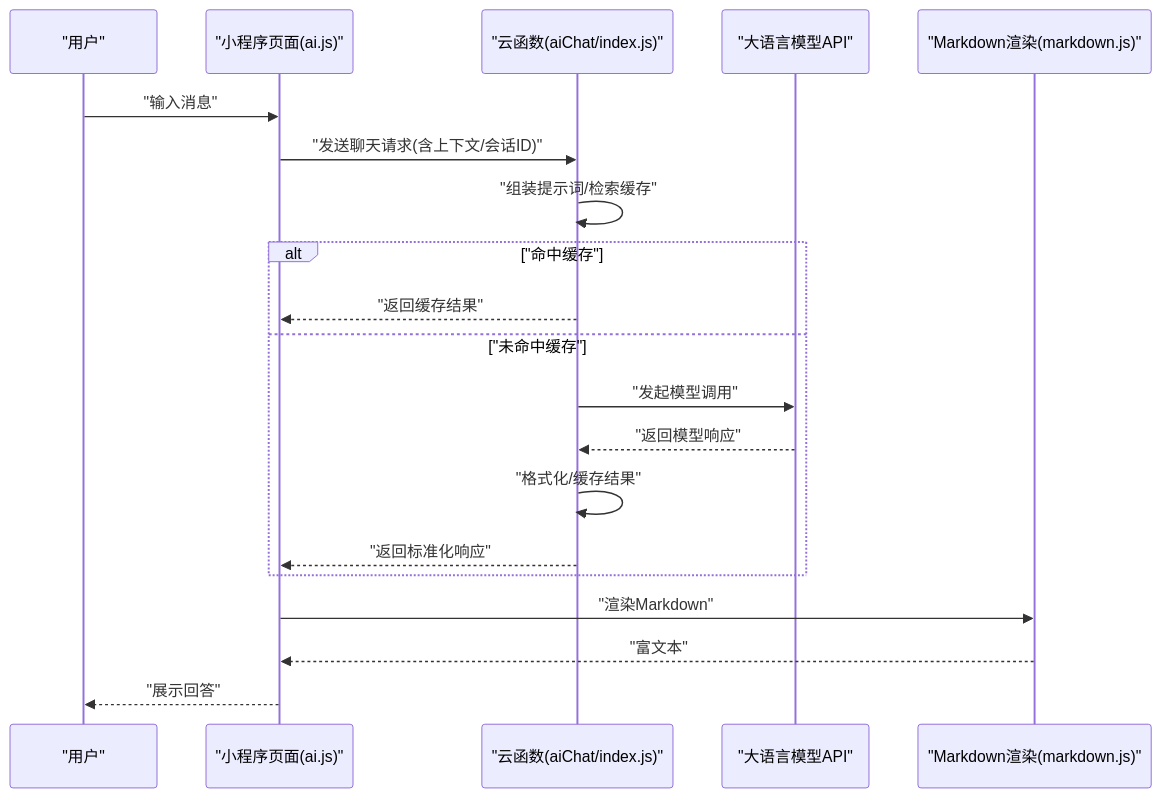
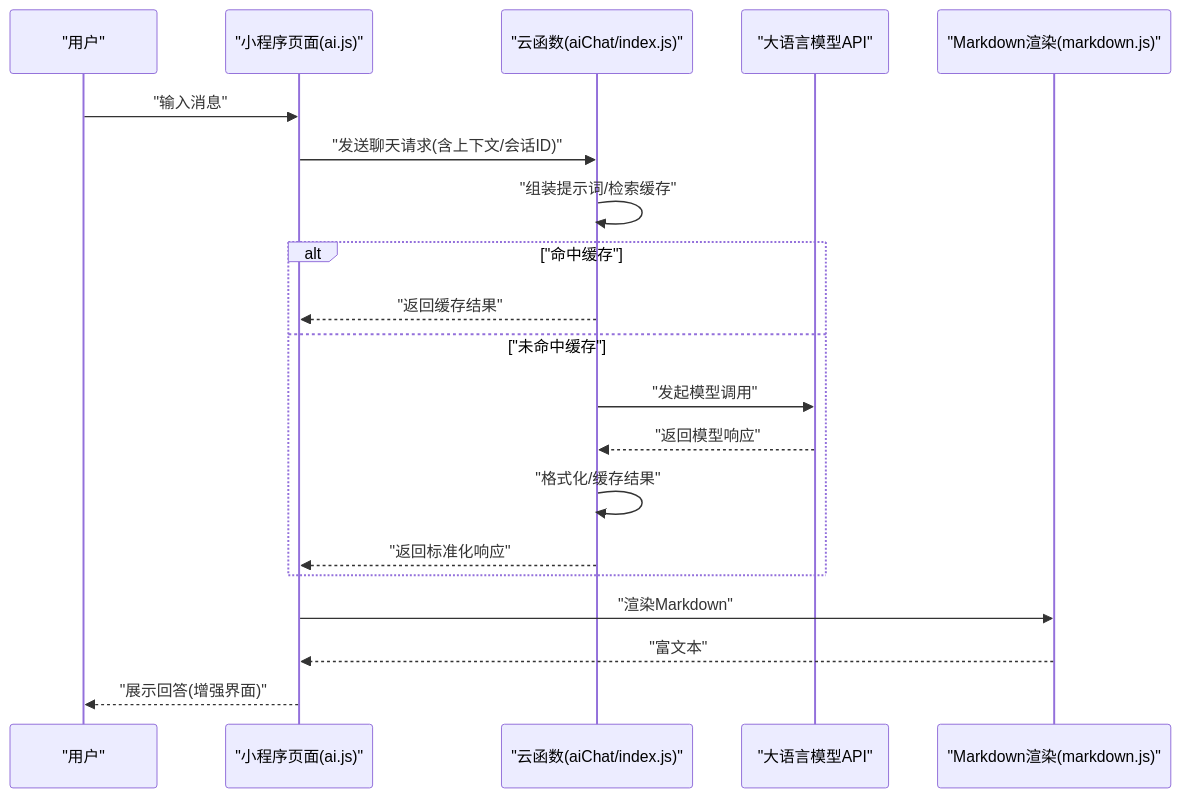
The second of 9 diagrams in .qoder/repowiki/zh/content/核心功能模块/AI智能助手.md (cwb7756/bio), drawn with Mermaid before and after one commit. The commit also changed other lines of this file and 98 other files, not shown here.

````diff
--- a/.qoder/repowiki/zh/content/核心功能模块/AI智能助手.md
+++ b/.qoder/repowiki/zh/content/核心功能模块/AI智能助手.md
@@ -111,22 +111,22 @@
 ```mermaid
 sequenceDiagram
 participant U as "用户"
 participant P as "小程序页面(ai.js)"
 participant CF as "云函数(aiChat/index.js)"
 participant LLM as "大语言模型API"
 participant MD as "Markdown渲染(markdown.js)"
 U->>P : "输入消息"
 P->>CF : "发送聊天请求(含上下文/会话ID)"
 CF->>CF : "组装提示词/检索缓存"
 alt "命中缓存"
 CF-->>P : "返回缓存结果"
 else "未命中缓存"
 CF->>LLM : "发起模型调用"
 LLM-->>CF : "返回模型响应"
 CF->>CF : "格式化/缓存结果"
 CF-->>P : "返回标准化响应"
 end
 P->>MD : "渲染Markdown"
 MD-->>P : "富文本"
-P-->>U : "展示回答"
+P-->>U : "展示回答(增强界面)"
 ```
````
